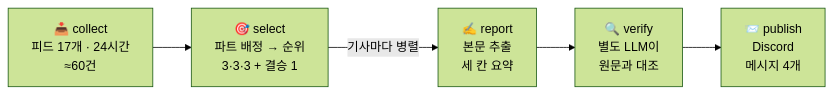
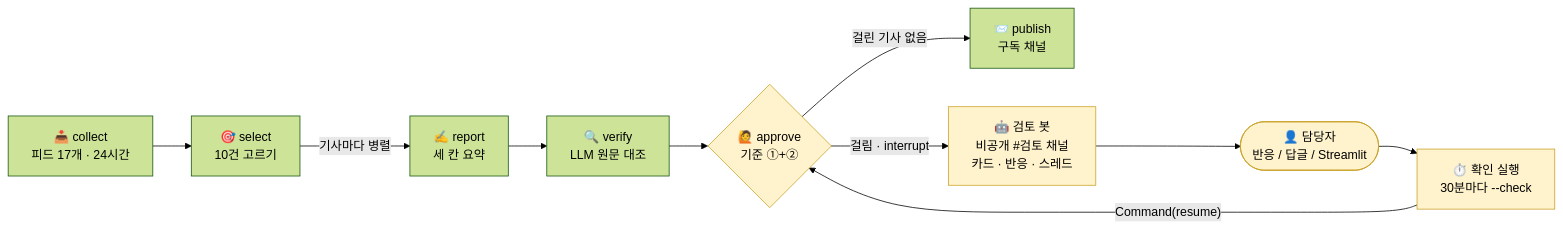
Before and after one commit to Lightnine999/my-newsletter-agent: the diagram in README.md, drawn with Mermaid (forest theme). The commit also changed other lines of this file and 1 other file, not shown here.

````diff
--- a/README.md
+++ b/README.md
@@ -65,7 +26,14 @@
 ```mermaid
 flowchart LR
-    A["📥 collect<br/>피드 17개 · 24시간<br/>≈60건"] --> B["🎯 select<br/>파트 배정 → 순위<br/>3·3·3 + 결승 1"]
-    B -->|기사마다 병렬| C["✍️ report<br/>본문 추출<br/>세 칸 요약"]
-    C --> D["🔍 verify<br/>별도 LLM이<br/>원문과 대조"]
-    D --> E["📨 publish<br/>Discord<br/>메시지 4개"]
+    C["📥 collect<br/>피드 17개 · 24시간"] --> S["🎯 select<br/>10건 고르기"]
+    S -->|기사마다 병렬| R["✍️ report<br/>세 칸 요약"]
+    R --> V["🔍 verify<br/>LLM 원문 대조"]
+    V --> A{"🙋 approve<br/>기준 ①+②"}
+    A -->|걸린 기사 없음| P["📨 publish<br/>구독 채널"]
+    A -->|"걸림 · interrupt"| B["🤖 검토 봇<br/>비공개 #검토 채널<br/>카드 · 반응 · 스레드"]
+    B --> H(["👤 담당자<br/>반응 / 답글 / Streamlit"])
+    H --> K["⏱️ 확인 실행<br/>30분마다 --check"]
+    K -->|"Command(resume)"| A
+    classDef new fill:#FFF3CD,stroke:#C9A227,color:#000
+    class A,B,H,K new
 ```
````
